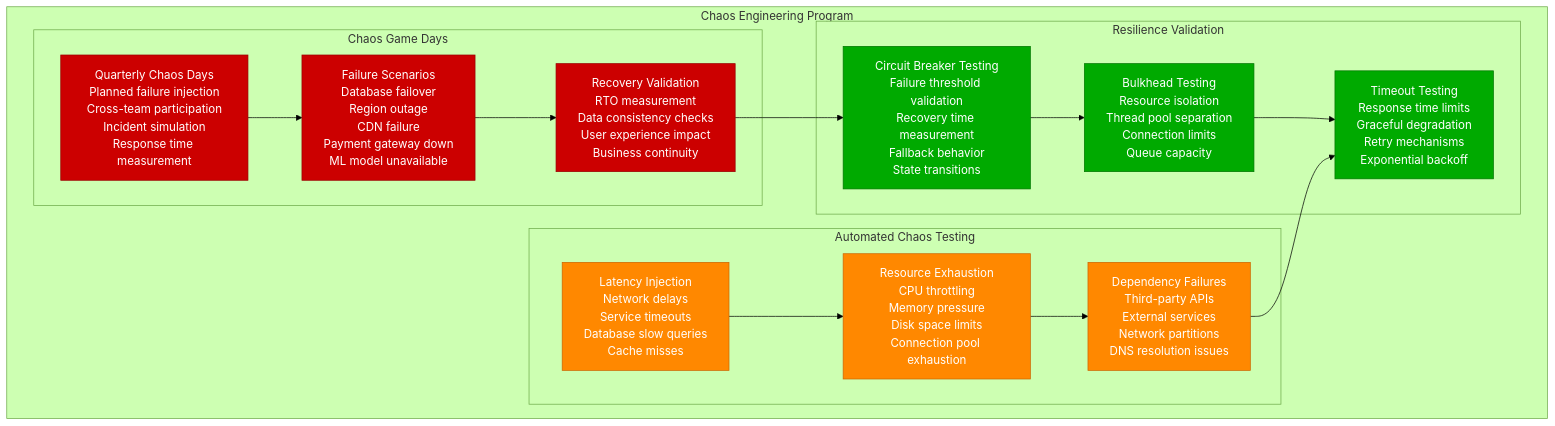
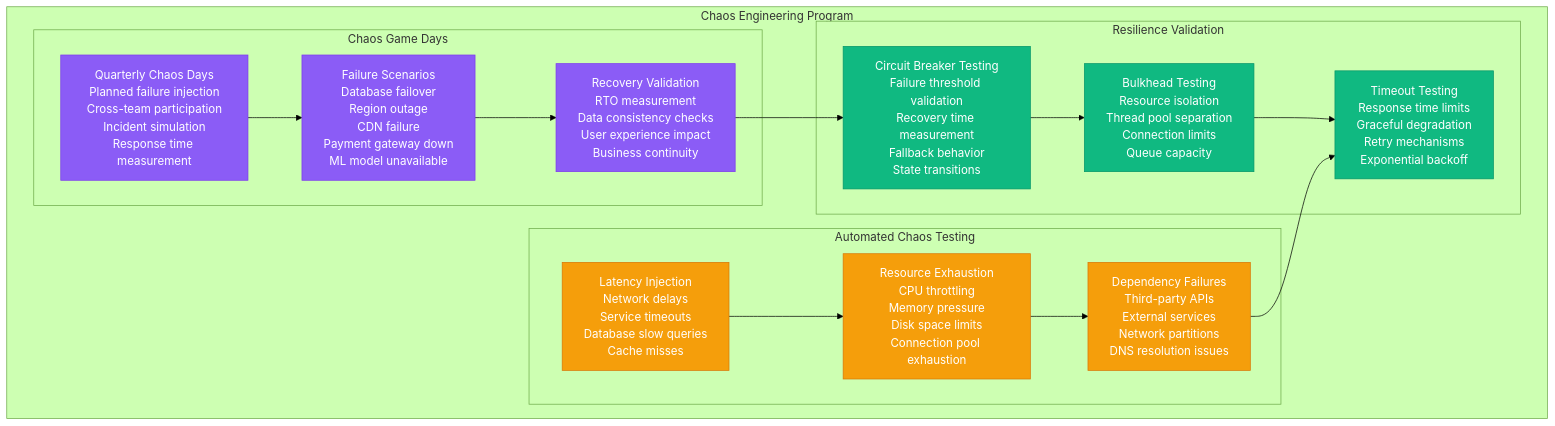
One commit to deepaucksharma/DS changed the fifth of 5 diagrams in site/docs/systems/spotify/production-operations.md. Above: the diagram before and after it, drawn with Mermaid (forest theme). The commit also changed other lines of this file and 303 other files, not shown here.

````diff
--- a/site/docs/systems/spotify/production-operations.md
+++ b/site/docs/systems/spotify/production-operations.md
@@ -323,48 +323,48 @@
 ```mermaid
 graph TB
     subgraph ChaosEngineering[Chaos Engineering Program]
         subgraph GameDays[Chaos Game Days]
             QuarterlyChaos[Quarterly Chaos Days<br/>Planned failure injection<br/>Cross-team participation<br/>Incident simulation<br/>Response time measurement]
 
             FailureScenarios[Failure Scenarios<br/>Database failover<br/>Region outage<br/>CDN failure<br/>Payment gateway down<br/>ML model unavailable]
 
             RecoveryValidation[Recovery Validation<br/>RTO measurement<br/>Data consistency checks<br/>User experience impact<br/>Business continuity]
         end
 
         subgraph AutomatedChaos[Automated Chaos Testing]
             LatencyInjection[Latency Injection<br/>Network delays<br/>Service timeouts<br/>Database slow queries<br/>Cache misses]
 
             ResourceExhaustion[Resource Exhaustion<br/>CPU throttling<br/>Memory pressure<br/>Disk space limits<br/>Connection pool exhaustion]
 
             DependencyFailure[Dependency Failures<br/>Third-party APIs<br/>External services<br/>Network partitions<br/>DNS resolution issues]
         end
 
         subgraph ResilienceValidation[Resilience Validation]
             CircuitBreakerTest[Circuit Breaker Testing<br/>Failure threshold validation<br/>Recovery time measurement<br/>Fallback behavior<br/>State transitions]
 
             BulkheadTest[Bulkhead Testing<br/>Resource isolation<br/>Thread pool separation<br/>Connection limits<br/>Queue capacity]
 
             TimeoutTest[Timeout Testing<br/>Response time limits<br/>Graceful degradation<br/>Retry mechanisms<br/>Exponential backoff]
         end
     end
 
     QuarterlyChaos --> FailureScenarios
     FailureScenarios --> RecoveryValidation
 
     LatencyInjection --> ResourceExhaustion
     ResourceExhaustion --> DependencyFailure
 
     CircuitBreakerTest --> BulkheadTest
     BulkheadTest --> TimeoutTest
 
     RecoveryValidation --> CircuitBreakerTest
     DependencyFailure --> TimeoutTest
 
-    classDef chaosStyle fill:#CC0000,stroke:#990000,color:#fff
-    classDef autoStyle fill:#FF8800,stroke:#CC6600,color:#fff
-    classDef validationStyle fill:#00AA00,stroke:#007700,color:#fff
+    classDef chaosStyle fill:#8B5CF6,stroke:#7C3AED,color:#fff
+    classDef autoStyle fill:#F59E0B,stroke:#D97706,color:#fff
+    classDef validationStyle fill:#10B981,stroke:#059669,color:#fff
 
     class QuarterlyChaos,FailureScenarios,RecoveryValidation chaosStyle
     class LatencyInjection,ResourceExhaustion,DependencyFailure autoStyle
     class CircuitBreakerTest,BulkheadTest,TimeoutTest validationStyle
 ```
````
